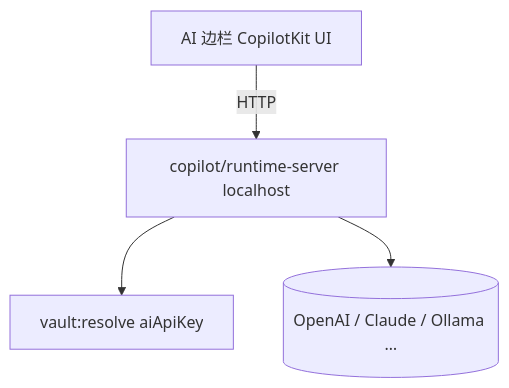
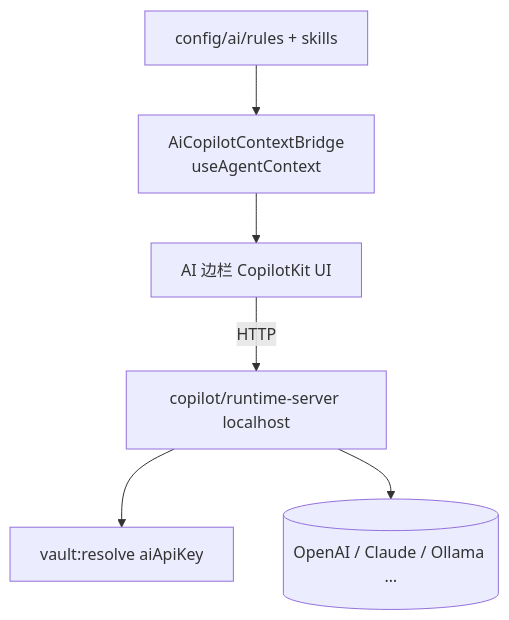
Before and after one commit to Landers1037/NioZy: the first of 2 diagrams in docs/功能AI助手边栏.md, drawn with Mermaid. The commit also changed other lines of this file and 6 other files, not shown here.

````diff
--- a/docs/功能AI助手边栏.md
+++ b/docs/功能AI助手边栏.md
@@ -24,11 +25,15 @@
 ```mermaid
 flowchart TB
   Sidebar["AI 边栏 CopilotKit UI"]
+  Context["AiCopilotContextBridge\nuseAgentContext"]
   Runtime["copilot/runtime-server localhost"]
   Vault["vault:resolve aiApiKey"]
+  AiDir["config/ai/rules + skills"]
   LLM[("OpenAI / Claude / Ollama …")]
 
+  AiDir --> Context
+  Context --> Sidebar
   Sidebar -->|HTTP| Runtime
   Runtime --> Vault
   Runtime --> LLM
 ```
````
